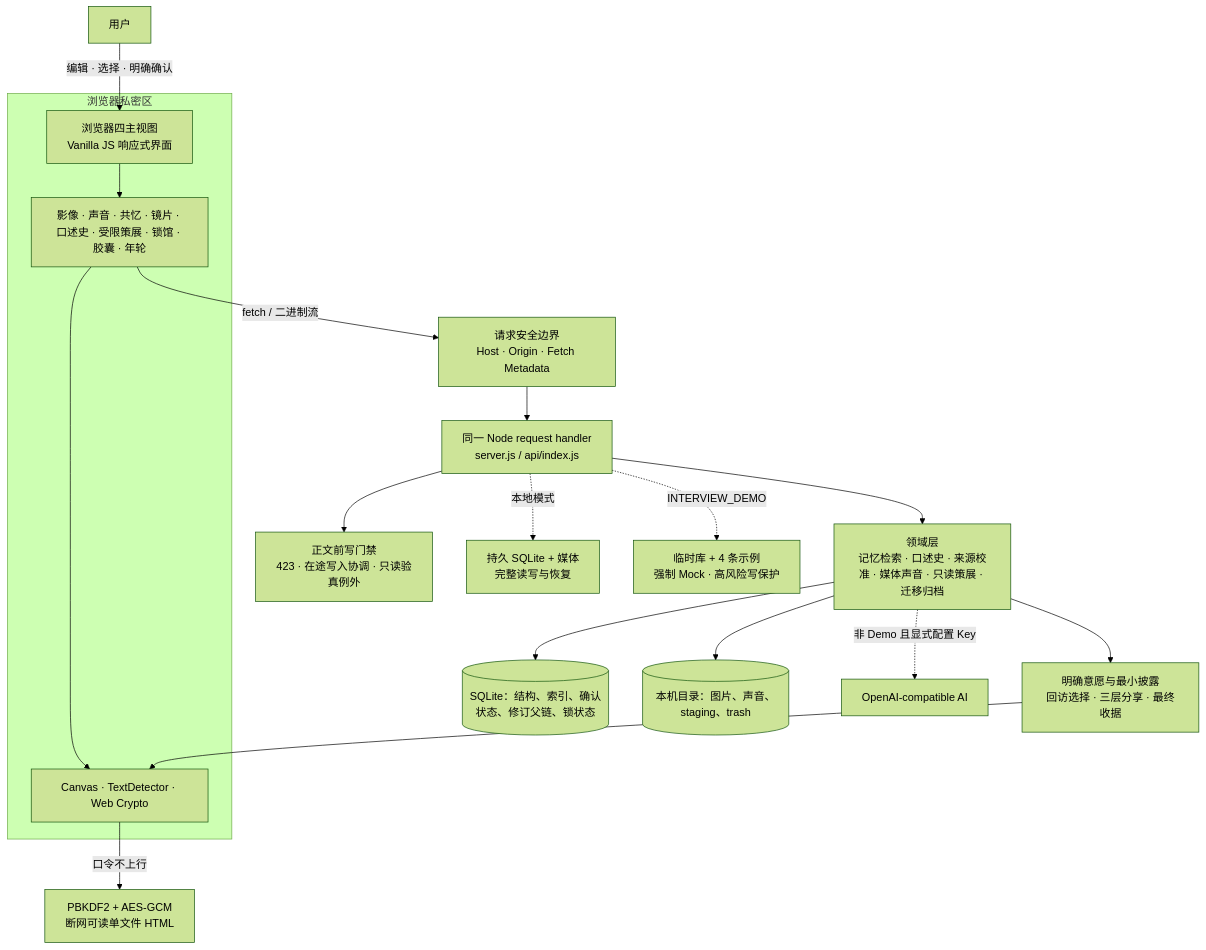
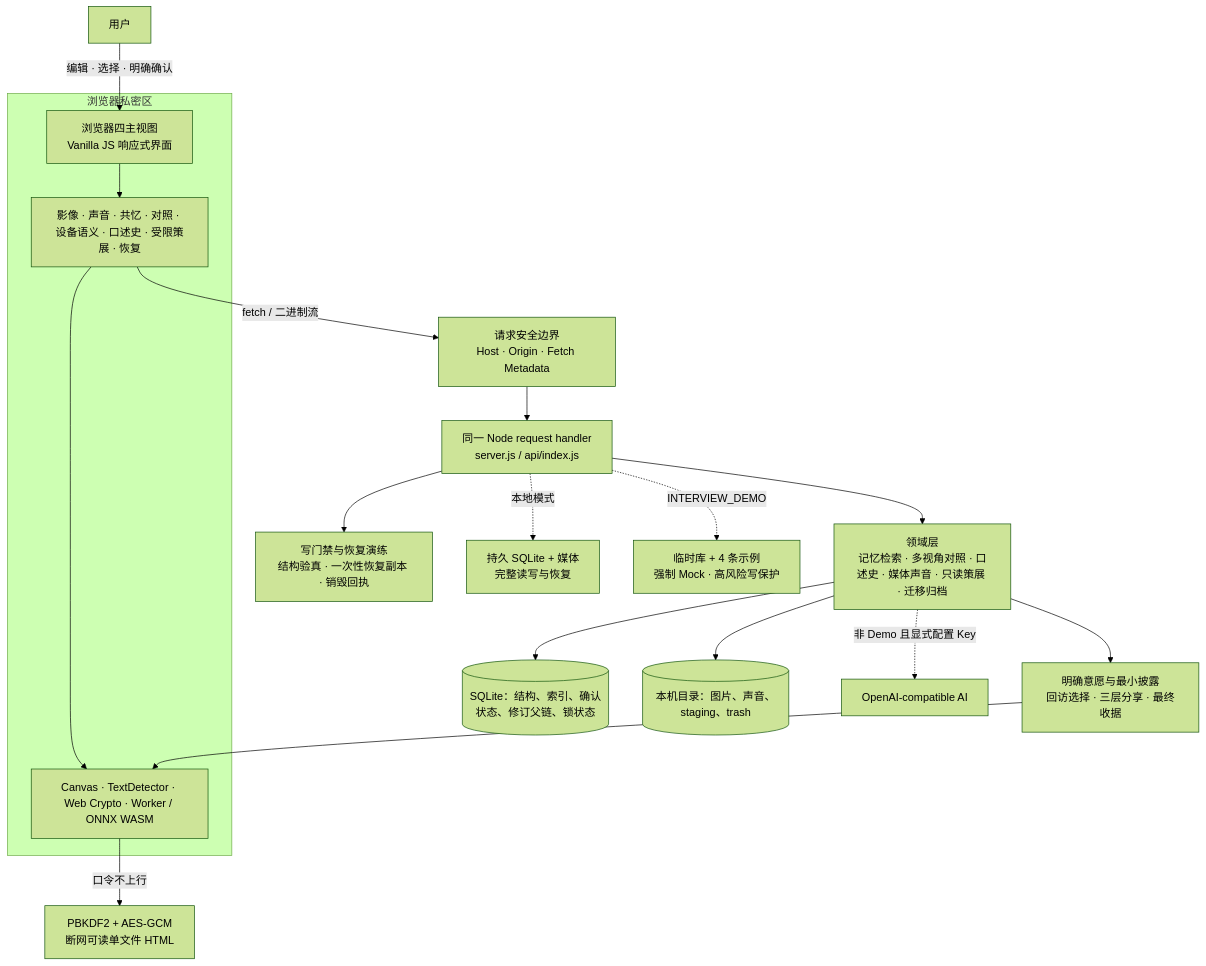
Before and after one commit to JieE-212/AI_memory_museum: the diagram in 项目文档/面试展示手册.md, drawn with Mermaid (forest theme). The commit also changed other lines of this file and 72 other files, not shown here.

````diff
--- a/项目文档/面试展示手册.md
+++ b/项目文档/面试展示手册.md
@@ -92,24 +106,24 @@
 ```mermaid
 flowchart TB
   U["用户"] -->|"编辑 · 选择 · 明确确认"| UI["浏览器四主视图<br/>Vanilla JS 响应式界面"]
 
   subgraph B["浏览器私密区"]
-    UI --> MOD["影像 · 声音 · 共忆 · 镜片 · 口述史 · 受限策展 · 锁馆 · 胶囊 · 年轮"]
-    MOD --> LOCAL["Canvas · TextDetector · Web Crypto"]
+    UI --> MOD["影像 · 声音 · 共忆 · 对照 · 设备语义 · 口述史 · 受限策展 · 恢复"]
+    MOD --> LOCAL["Canvas · TextDetector · Web Crypto · Worker / ONNX WASM"]
   end
 
   MOD -->|"fetch / 二进制流"| SEC["请求安全边界<br/>Host · Origin · Fetch Metadata"]
   SEC --> HTTP["同一 Node request handler<br/>server.js / api/index.js"]
-  HTTP --> DOMAIN["领域层<br/>记忆检索 · 口述史 · 来源校准 · 媒体声音 · 只读策展 · 迁移归档"]
+  HTTP --> DOMAIN["领域层<br/>记忆检索 · 多视角对照 · 口述史 · 媒体声音 · 只读策展 · 迁移归档"]
   DOMAIN --> DB[("SQLite：结构、索引、确认状态、修订父链、锁状态")]
   DOMAIN --> FS[("本机目录：图片、声音、staging、trash")]
   DOMAIN -. "非 Demo 且显式配置 Key" .-> AI["OpenAI-compatible AI"]
 
   DOMAIN --> GATE["明确意愿与最小披露<br/>回访选择 · 三层分享 · 最终收据"]
-  HTTP --> LOCK["正文前写门禁<br/>423 · 在途写入协调 · 只读验真例外"]
+  HTTP --> LOCK["写门禁与恢复演练<br/>结构验真 · 一次性恢复副本 · 销毁回执"]
   GATE --> LOCAL
   LOCAL -->|"口令不上行"| OFF["PBKDF2 + AES-GCM<br/>断网可读单文件 HTML"]
 
   HTTP -. "本地模式" .-> PERSIST["持久 SQLite + 媒体<br/>完整读写与恢复"]
   HTTP -. "INTERVIEW_DEMO" .-> DEMO["临时库 + 4 条示例<br/>强制 Mock · 高风险写保护"]
 ```
````
